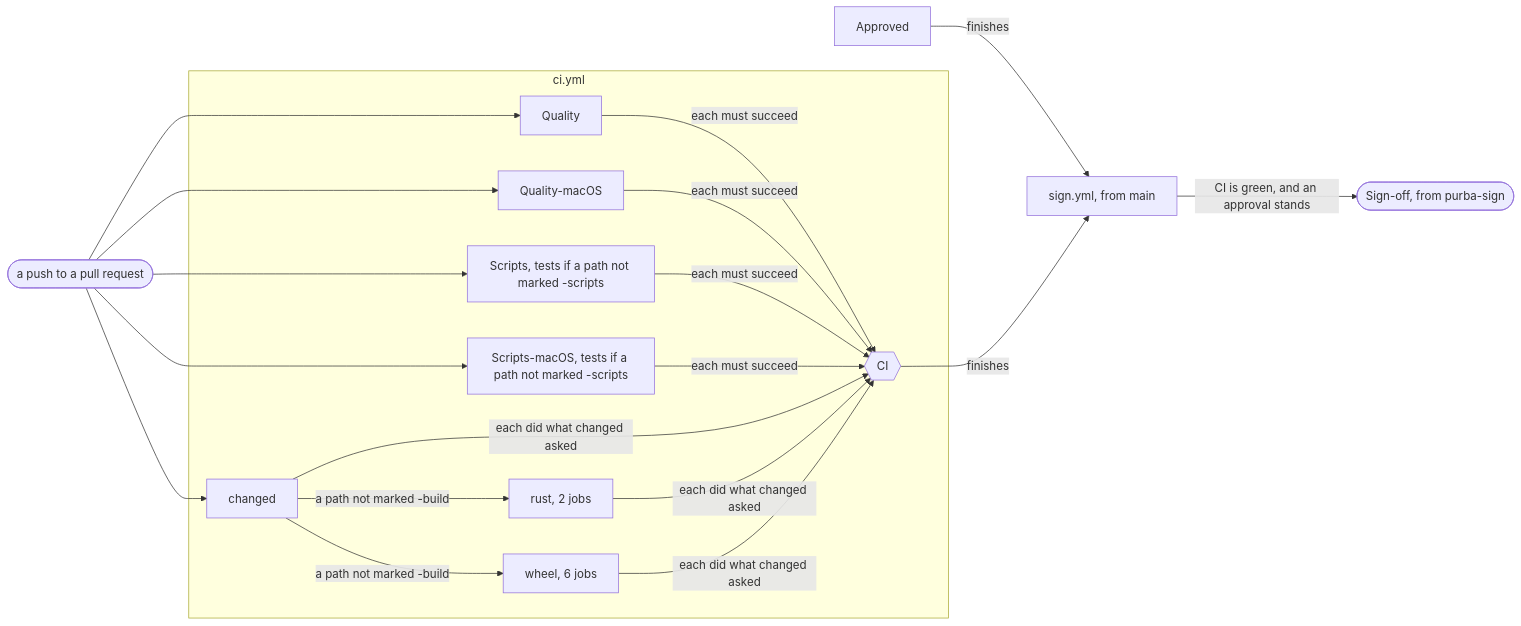
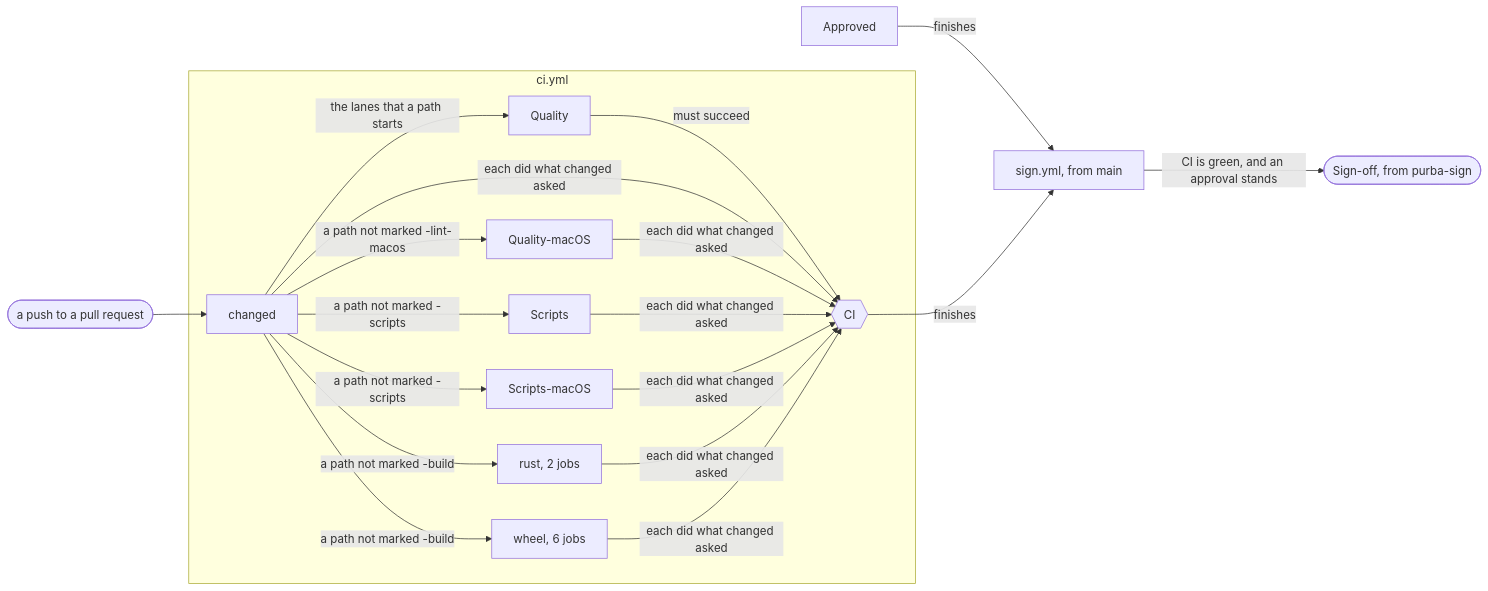
One commit to kalonji-tools/purba changed the diagram in docs/decisions/one-workflow-runs-every-gate-of-a-pull-request.md. Above: the diagram before and after it, drawn with Mermaid. The commit also changed other lines of this file and 16 other files, not shown here.

````diff
--- a/docs/decisions/one-workflow-runs-every-gate-of-a-pull-request.md
+++ b/docs/decisions/one-workflow-runs-every-gate-of-a-pull-request.md
@@ -45,21 +45,24 @@
 ```mermaid
 flowchart LR
   push([a push to a pull request])
   subgraph ciyml["ci.yml"]
     q[Quality]
     qm[Quality-macOS]
-    s["Scripts, tests if a path not marked -scripts"]
-    sm["Scripts-macOS, tests if a path not marked -scripts"]
+    s[Scripts]
+    sm[Scripts-macOS]
     ch[changed]
     r["rust, 2 jobs"]
     w["wheel, 6 jobs"]
     gate{{CI}}
   end
-  push --> q & qm & s & sm & ch
+  push --> ch
+  ch -- "the lanes that a path starts" --> q
+  ch -- "a path not marked -lint-macos" --> qm
+  ch -- "a path not marked -scripts" --> s & sm
   ch -- "a path not marked -build" --> r & w
-  q & qm & s & sm -- "each must succeed" --> gate
-  ch & r & w -- "each did what changed asked" --> gate
+  q -- "must succeed" --> gate
+  ch & qm & s & sm & r & w -- "each did what changed asked" --> gate
   ap[Approved] -- "finishes" --> sg[sign.yml, from main]
   gate -- "finishes" --> sg
   sg -- "CI is green, and an approval stands" --> so([Sign-off, from purba-sign])
 ```
````
